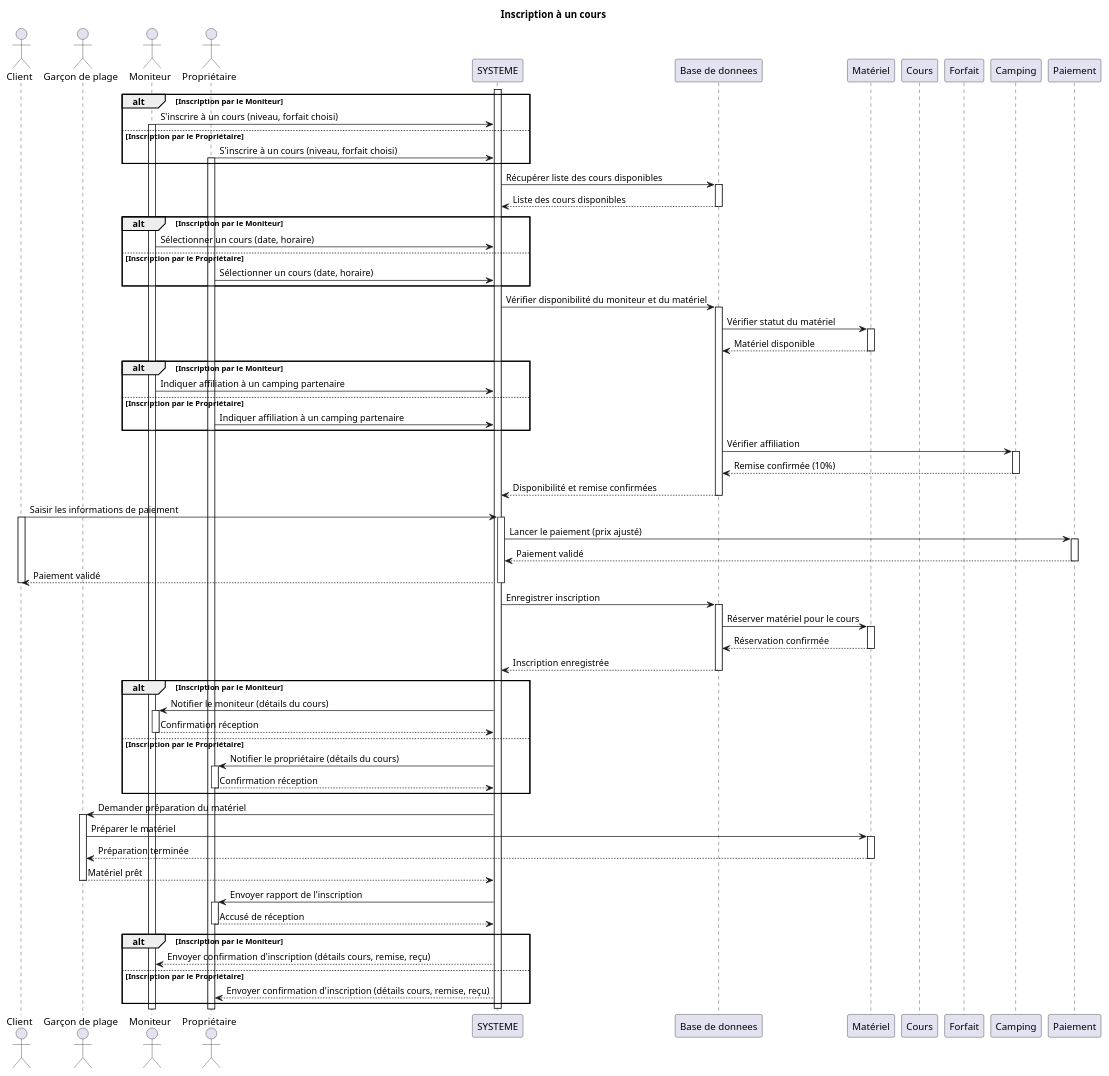
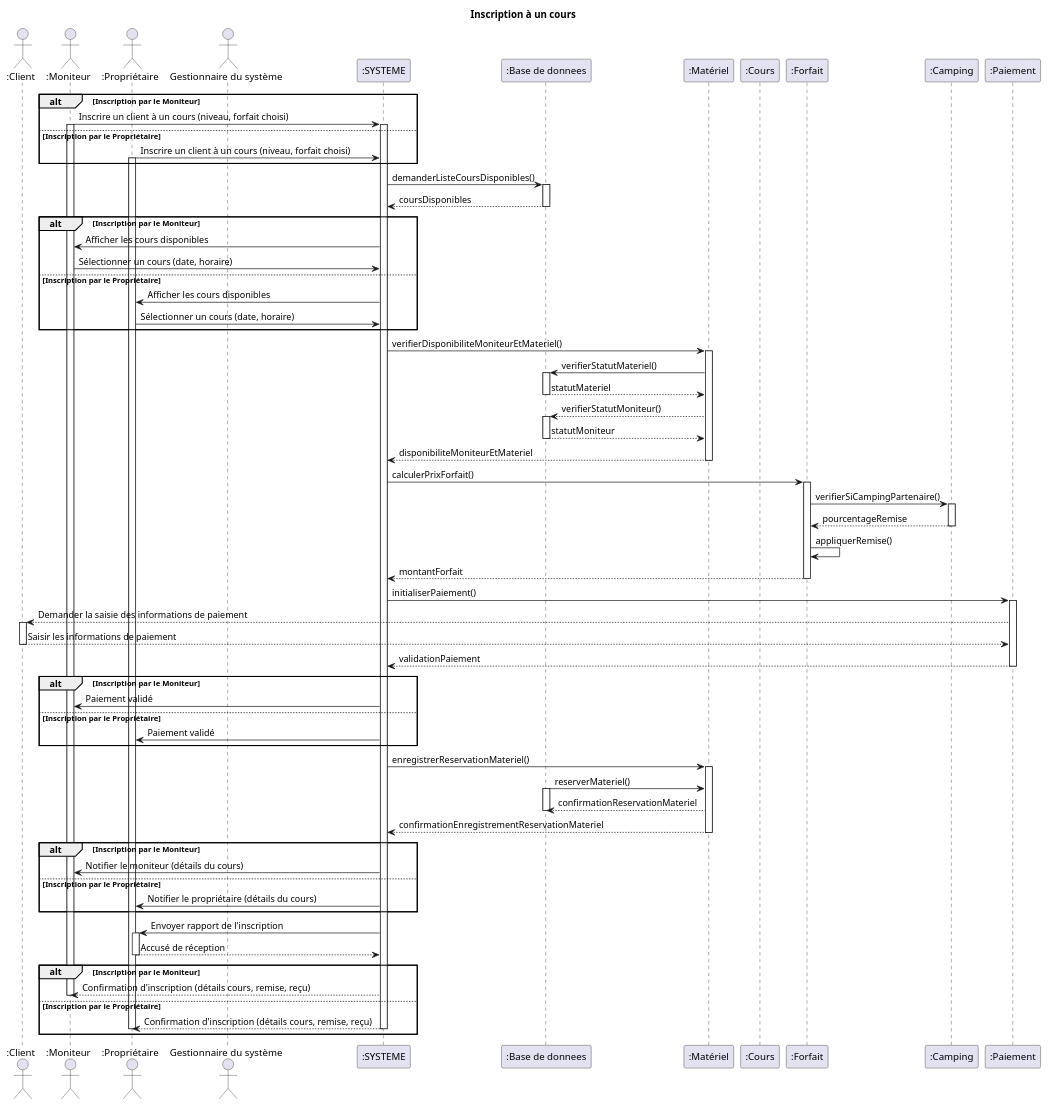
Before and after one commit to Hugo-COLLIN/MIAGE_CSI_NauticalClub: the diagram in docs/1-analysis/sequenceDiagrams/courseRegistrationSequenceDiagram.puml, drawn with PlantUML. The commit also changed 3 other files, not shown here.

Commit message:
docs: dividing diagrams

```diff
--- a/docs/1-analysis/sequenceDiagrams/courseRegistrationSequenceDiagram.puml
+++ b/docs/1-analysis/sequenceDiagrams/courseRegistrationSequenceDiagram.puml
@@ -1,114 +1,108 @@
 @startuml
-actor Client as C
-actor "Garçon de plage" as G
-actor "Moniteur" as M
-actor "Propriétaire" as P
-participant "SYSTEME" as App
-participant "Base de donnees" as DB
-participant "Matériel" as Mat
-participant "Cours" as Cour
-participant "Forfait" as Forf
-participant "Camping" as Camp
-participant "Paiement" as Pay
+actor ":Client" as C
+actor ":Moniteur" as M
+actor ":Propriétaire" as P
+actor "Gestionnaire du système" as A
+participant ":SYSTEME" as App
+participant ":Base de donnees" as DB
+participant ":Matériel" as Mat
+participant ":Cours" as Cour
+participant ":Forfait" as Forf
+participant ":Camping" as Camp
+participant ":Paiement" as Pay
 
 title Inscription à un cours
 
 alt Inscription par le Moniteur
-    M -> App : S'inscrire à un cours (niveau, forfait choisi)
+    M -> App : Inscrire un client à un cours (niveau, forfait choisi)
     activate M
+    activate App
 else Inscription par le Propriétaire
-    P -> App : S'inscrire à un cours (niveau, forfait choisi)
+    P -> App : Inscrire un client à un cours (niveau, forfait choisi)
     activate P
 end
 
 activate App
 
-App -> DB : Récupérer liste des cours disponibles
+App -> DB : demanderListeCoursDisponibles()
 activate DB
-DB --> App : Liste des cours disponibles
+DB --> App : coursDisponibles
 deactivate DB
 
 alt Inscription par le Moniteur
+    App -> M : Afficher les cours disponibles
     M -> App : Sélectionner un cours (date, horaire)
 else Inscription par le Propriétaire
+    App -> P : Afficher les cours disponibles
     P -> App : Sélectionner un cours (date, horaire)
 end
 
-App -> DB : Vérifier disponibilité du moniteur et du matériel
+App -> Mat : verifierDisponibiliteMoniteurEtMateriel()
+activate Mat
+Mat -> DB : verifierStatutMateriel()
 activate DB
-DB -> Mat : Vérifier statut du matériel
+DB --> Mat : statutMateriel
+deactivate DB
+Mat --> DB : verifierStatutMoniteur()
+activate DB
+DB --> Mat : statutMoniteur
+deactivate DB
+Mat --> App : disponibiliteMoniteurEtMateriel
+deactivate Mat
+
+App -> Forf : calculerPrixForfait()
+activate Forf
+
+Forf -> Camp : verifierSiCampingPartenaire()
+activate Camp
+Camp --> Forf : pourcentageRemise
+deactivate Camp
+Forf -> Forf : appliquerRemise()
+
+Forf --> App : montantForfait
+deactivate Forf
+
+App -> Pay : initialiserPaiement()
+activate Pay
+Pay --> C : Demander la saisie des informations de paiement
+activate C
+C --> Pay : Saisir les informations de paiement
+deactivate C
+Pay --> App : validationPaiement
+deactivate Pay
+
+alt Inscription par le Moniteur
+    App -> M : Paiement validé
+else Inscription par le Propriétaire
+    App -> P : Paiement validé
+end
+
+App -> Mat : enregistrerReservationMateriel()
 activate Mat
-Mat --> DB : Matériel disponible
+DB -> Mat : reserverMateriel()
+activate DB
+Mat --> DB : confirmationReservationMateriel
+deactivate DB
+Mat --> App : confirmationEnregistrementReservationMateriel
 deactivate Mat
 
 alt Inscription par le Moniteur
-    M -> App : Indiquer affiliation à un camping partenaire
-else Inscription par le Propriétaire
-    P -> App : Indiquer affiliation à un camping partenaire
-end
-
-DB -> Camp : Vérifier affiliation
-activate Camp
-Camp --> DB : Remise confirmée (10%)
-deactivate Camp
-
-DB --> App : Disponibilité et remise confirmées
-deactivate DB
-
-C -> App : Saisir les informations de paiement
-activate C
-activate App
-App -> Pay : Lancer le paiement (prix ajusté)
-activate Pay
-Pay --> App : Paiement validé
-deactivate Pay
-App --> C : Paiement validé
-deactivate C
-deactivate App
-
-App -> DB : Enregistrer inscription
-activate DB
-DB -> Mat : Réserver matériel pour le cours
-activate Mat
-Mat --> DB : Réservation confirmée
-deactivate Mat
-DB --> App : Inscription enregistrée
-deactivate DB
-
-alt Inscription par le Moniteur
     App -> M : Notifier le moniteur (détails du cours)
-    activate M
-    M --> App : Confirmation réception
-    deactivate M
 else Inscription par le Propriétaire
     App -> P : Notifier le propriétaire (détails du cours)
-    activate P
-    P --> App : Confirmation réception
-    deactivate P
 end
-
-App -> G : Demander préparation du matériel
-activate G
-G -> Mat : Préparer le matériel
-activate Mat
-Mat --> G : Préparation terminée
-deactivate Mat
-G --> App : Matériel prêt
-deactivate G
 
 App -> P : Envoyer rapport de l'inscription
 activate P
 P --> App : Accusé de réception
 deactivate P
 
 alt Inscription par le Moniteur
-    App --> M : Envoyer confirmation d'inscription (détails cours, remise, reçu)
+    App --> M : Confirmation d'inscription (détails cours, remise, reçu)
+    deactivate M
 else Inscription par le Propriétaire
-    App --> P : Envoyer confirmation d'inscription (détails cours, remise, reçu)
+    App --> P : Confirmation d'inscription (détails cours, remise, reçu)
+    deactivate App
+    deactivate P
 end
-
-deactivate G
-deactivate App
-deactivate C
-
 @enduml
```
